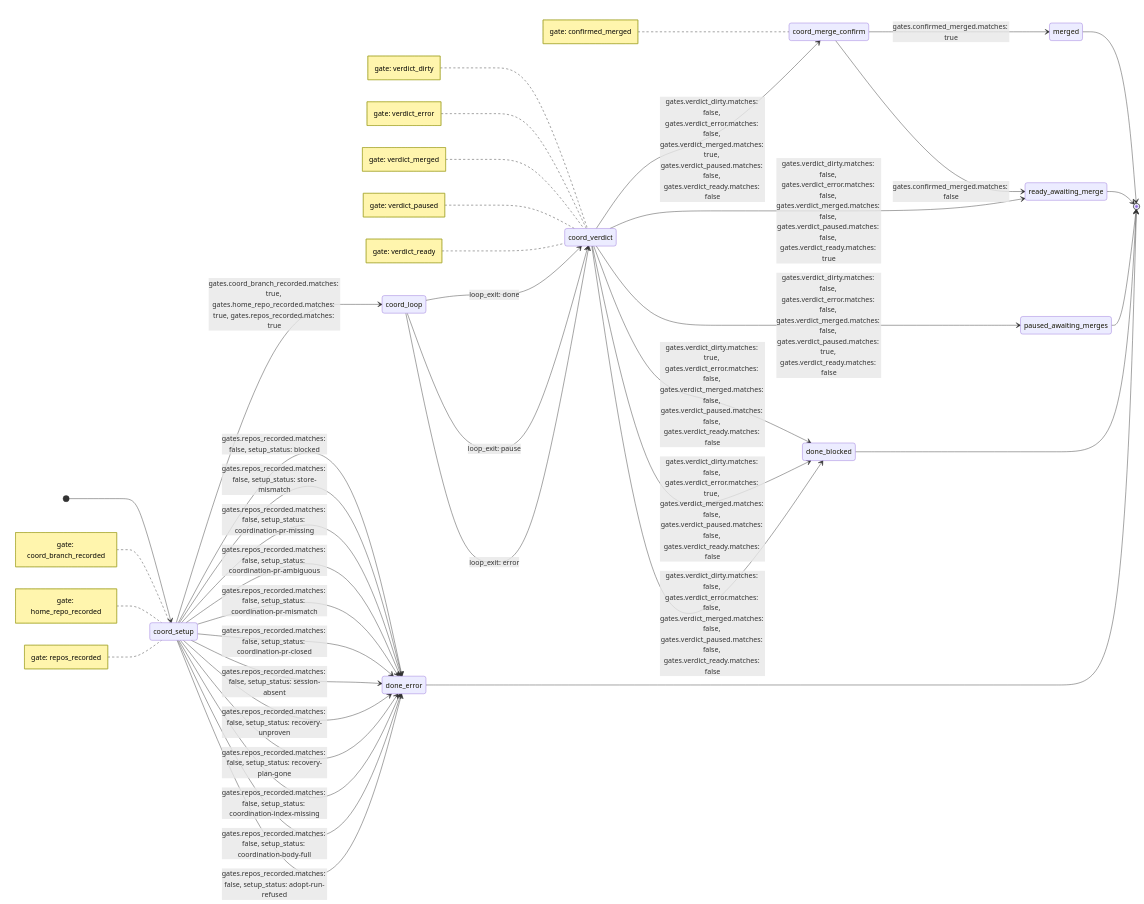
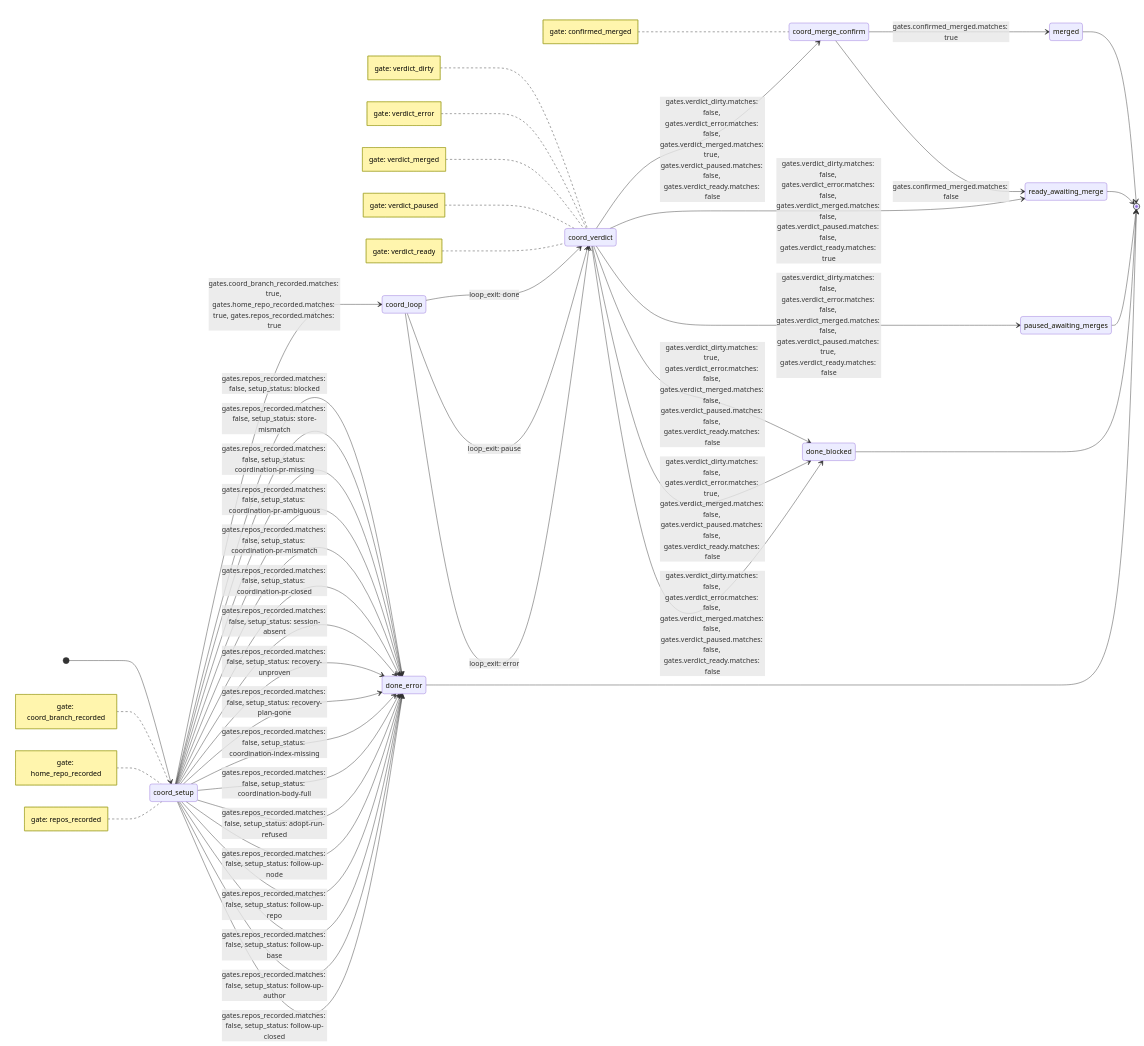
The diagram in skills/execute/koto-templates/execute-coordinated.mermaid.md (tsukumogami/shirabe), drawn with Mermaid before and after one commit. The commit also changed 3 other files, not shown here.

````diff
--- a/skills/execute/koto-templates/execute-coordinated.mermaid.md
+++ b/skills/execute/koto-templates/execute-coordinated.mermaid.md
@@ -1,61 +1,66 @@
 ```mermaid
 stateDiagram-v2
     direction LR
     [*] --> coord_setup
     coord_loop --> coord_verdict : loop_exit: done
     coord_loop --> coord_verdict : loop_exit: pause
     coord_loop --> coord_verdict : loop_exit: error
     coord_merge_confirm --> merged : gates.confirmed_merged.matches: true
     coord_merge_confirm --> ready_awaiting_merge : gates.confirmed_merged.matches: false
     coord_setup --> coord_loop : gates.coord_branch_recorded.matches: true, gates.home_repo_recorded.matches: true, gates.repos_recorded.matches: true
     coord_setup --> done_error : gates.repos_recorded.matches: false, setup_status: blocked
     coord_setup --> done_error : gates.repos_recorded.matches: false, setup_status: store-mismatch
     coord_setup --> done_error : gates.repos_recorded.matches: false, setup_status: coordination-pr-missing
     coord_setup --> done_error : gates.repos_recorded.matches: false, setup_status: coordination-pr-ambiguous
     coord_setup --> done_error : gates.repos_recorded.matches: false, setup_status: coordination-pr-mismatch
     coord_setup --> done_error : gates.repos_recorded.matches: false, setup_status: coordination-pr-closed
     coord_setup --> done_error : gates.repos_recorded.matches: false, setup_status: session-absent
     coord_setup --> done_error : gates.repos_recorded.matches: false, setup_status: recovery-unproven
     coord_setup --> done_error : gates.repos_recorded.matches: false, setup_status: recovery-plan-gone
     coord_setup --> done_error : gates.repos_recorded.matches: false, setup_status: coordination-index-missing
     coord_setup --> done_error : gates.repos_recorded.matches: false, setup_status: coordination-body-full
     coord_setup --> done_error : gates.repos_recorded.matches: false, setup_status: adopt-run-refused
+    coord_setup --> done_error : gates.repos_recorded.matches: false, setup_status: follow-up-node
+    coord_setup --> done_error : gates.repos_recorded.matches: false, setup_status: follow-up-repo
+    coord_setup --> done_error : gates.repos_recorded.matches: false, setup_status: follow-up-base
+    coord_setup --> done_error : gates.repos_recorded.matches: false, setup_status: follow-up-author
+    coord_setup --> done_error : gates.repos_recorded.matches: false, setup_status: follow-up-closed
     coord_verdict --> coord_merge_confirm : gates.verdict_dirty.matches: false, gates.verdict_error.matches: false, gates.verdict_merged.matches: true, gates.verdict_paused.matches: false, gates.verdict_ready.matches: false
     coord_verdict --> ready_awaiting_merge : gates.verdict_dirty.matches: false, gates.verdict_error.matches: false, gates.verdict_merged.matches: false, gates.verdict_paused.matches: false, gates.verdict_ready.matches: true
     coord_verdict --> paused_awaiting_merges : gates.verdict_dirty.matches: false, gates.verdict_error.matches: false, gates.verdict_merged.matches: false, gates.verdict_paused.matches: true, gates.verdict_ready.matches: false
     coord_verdict --> done_blocked : gates.verdict_dirty.matches: true, gates.verdict_error.matches: false, gates.verdict_merged.matches: false, gates.verdict_paused.matches: false, gates.verdict_ready.matches: false
     coord_verdict --> done_blocked : gates.verdict_dirty.matches: false, gates.verdict_error.matches: true, gates.verdict_merged.matches: false, gates.verdict_paused.matches: false, gates.verdict_ready.matches: false
     coord_verdict --> done_blocked : gates.verdict_dirty.matches: false, gates.verdict_error.matches: false, gates.verdict_merged.matches: false, gates.verdict_paused.matches: false, gates.verdict_ready.matches: false
     done_blocked --> [*]
     done_error --> [*]
     merged --> [*]
     paused_awaiting_merges --> [*]
     ready_awaiting_merge --> [*]
     note left of coord_merge_confirm
         gate: confirmed_merged
     end note
     note left of coord_setup
         gate: coord_branch_recorded
     end note
     note left of coord_setup
         gate: home_repo_recorded
     end note
     note left of coord_setup
         gate: repos_recorded
     end note
     note left of coord_verdict
         gate: verdict_dirty
     end note
     note left of coord_verdict
         gate: verdict_error
     end note
     note left of coord_verdict
         gate: verdict_merged
     end note
     note left of coord_verdict
         gate: verdict_paused
     end note
     note left of coord_verdict
         gate: verdict_ready
     end note
 ```
````
